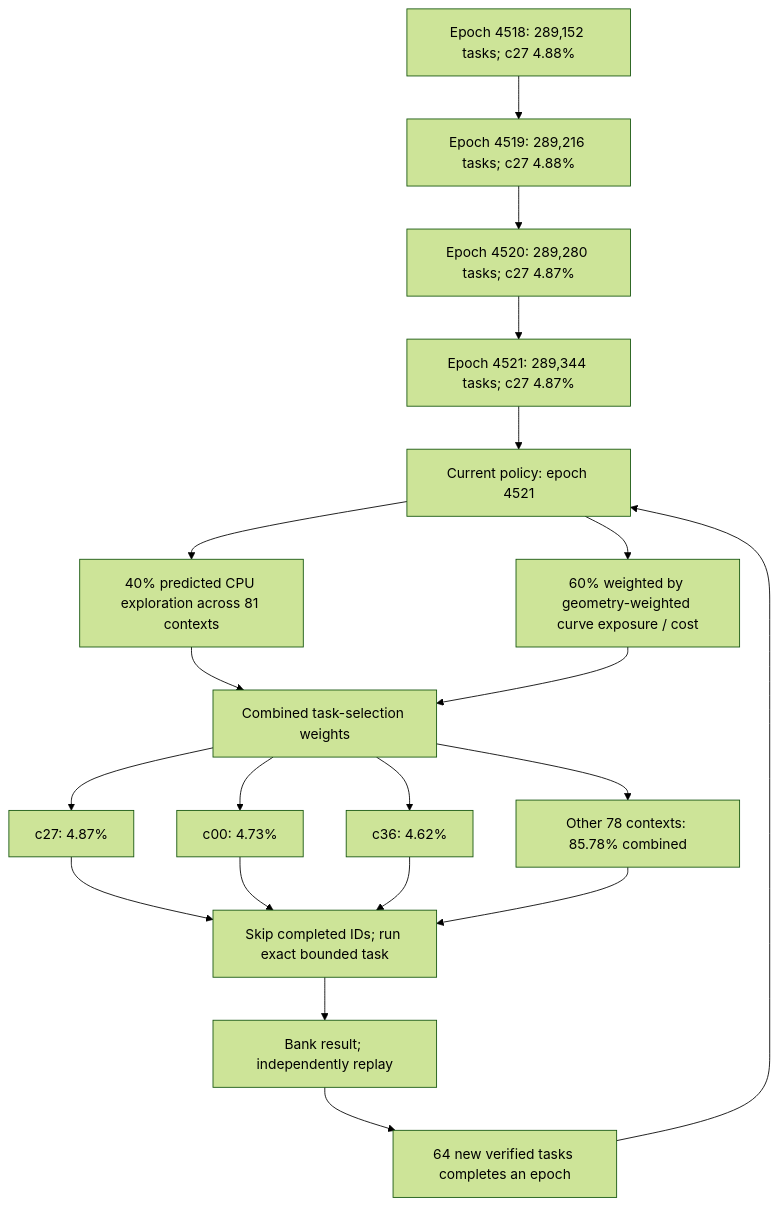
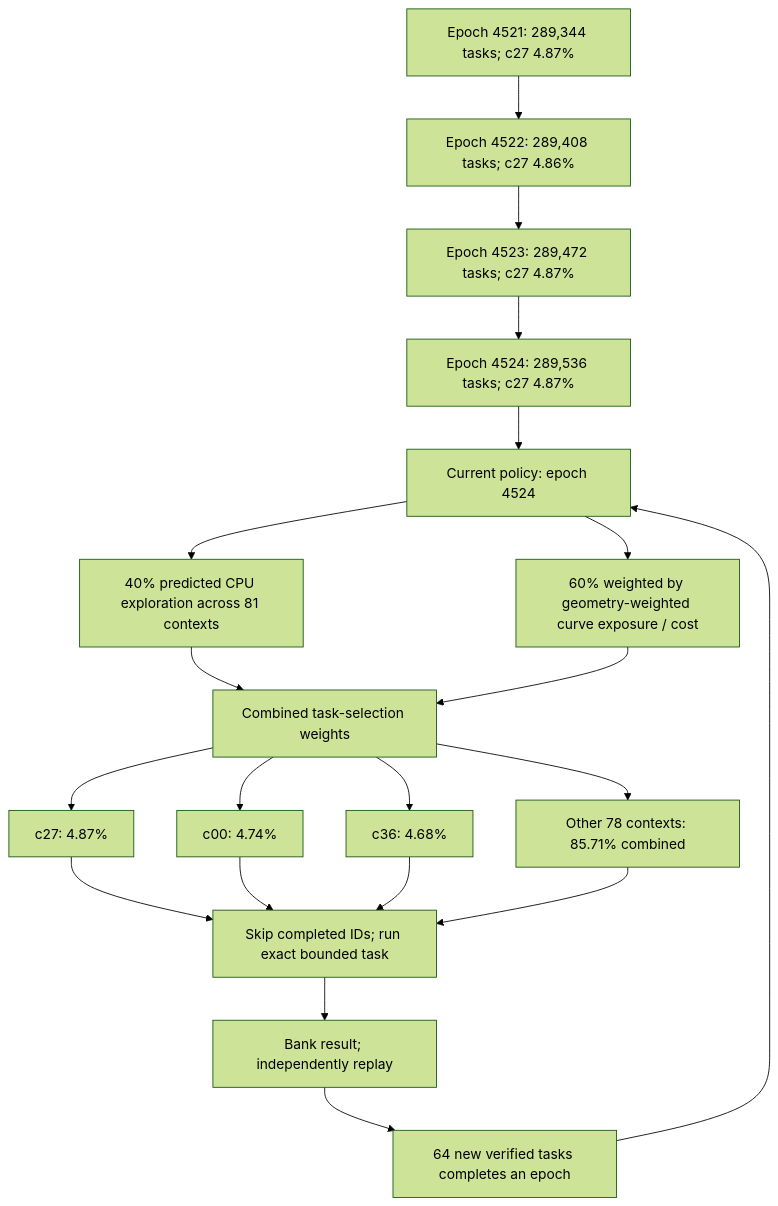
One commit to Kuberwastaken/math-gambling changed the first of 3 diagrams in README.md. Above: the diagram before and after it, drawn with Mermaid (forest theme). The commit also changed other lines of this file and 1739 other files, not shown here.

````diff
--- a/README.md
+++ b/README.md
@@ -60,27 +60,27 @@
 ```mermaid
 flowchart TD
-    H0["Epoch 4518: 289,152 tasks; c27 4.88%"]
-    H1["Epoch 4519: 289,216 tasks; c27 4.88%"]
+    H0["Epoch 4521: 289,344 tasks; c27 4.87%"]
+    H1["Epoch 4522: 289,408 tasks; c27 4.86%"]
     H0 --> H1
-    H2["Epoch 4520: 289,280 tasks; c27 4.87%"]
+    H2["Epoch 4523: 289,472 tasks; c27 4.87%"]
     H1 --> H2
-    H3["Epoch 4521: 289,344 tasks; c27 4.87%"]
+    H3["Epoch 4524: 289,536 tasks; c27 4.87%"]
     H2 --> H3
-    Policy["Current policy: epoch 4521"]
+    Policy["Current policy: epoch 4524"]
     H3 --> Policy
     Policy --> Explore["40% predicted CPU exploration across 81 contexts"]
     Policy --> Cost["60% weighted by geometry-weighted curve exposure / cost"]
     Explore --> Mix["Combined task-selection weights"]
     Cost --> Mix
     Mix --> C0["c27: 4.87%"]
-    Mix --> C1["c00: 4.73%"]
-    Mix --> C2["c36: 4.62%"]
-    Mix --> Rest["Other 78 contexts: 85.78% combined"]
+    Mix --> C1["c00: 4.74%"]
+    Mix --> C2["c36: 4.68%"]
+    Mix --> Rest["Other 78 contexts: 85.71% combined"]
     C0 --> Check["Skip completed IDs; run exact bounded task"]
     C1 --> Check
     C2 --> Check
     Rest --> Check
     Check --> Replay["Bank result; independently replay"]
     Replay --> Gate["64 new verified tasks completes an epoch"]
     Gate --> Policy
 ```
````
